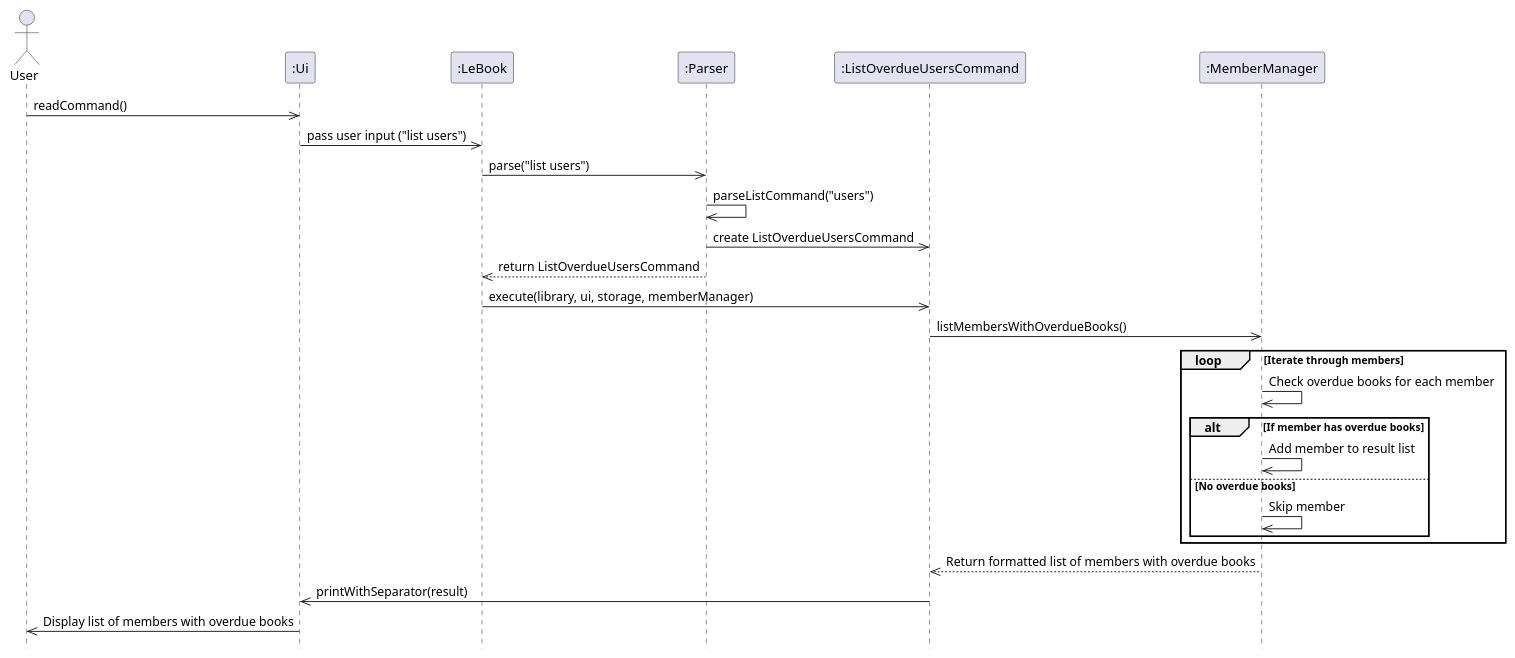
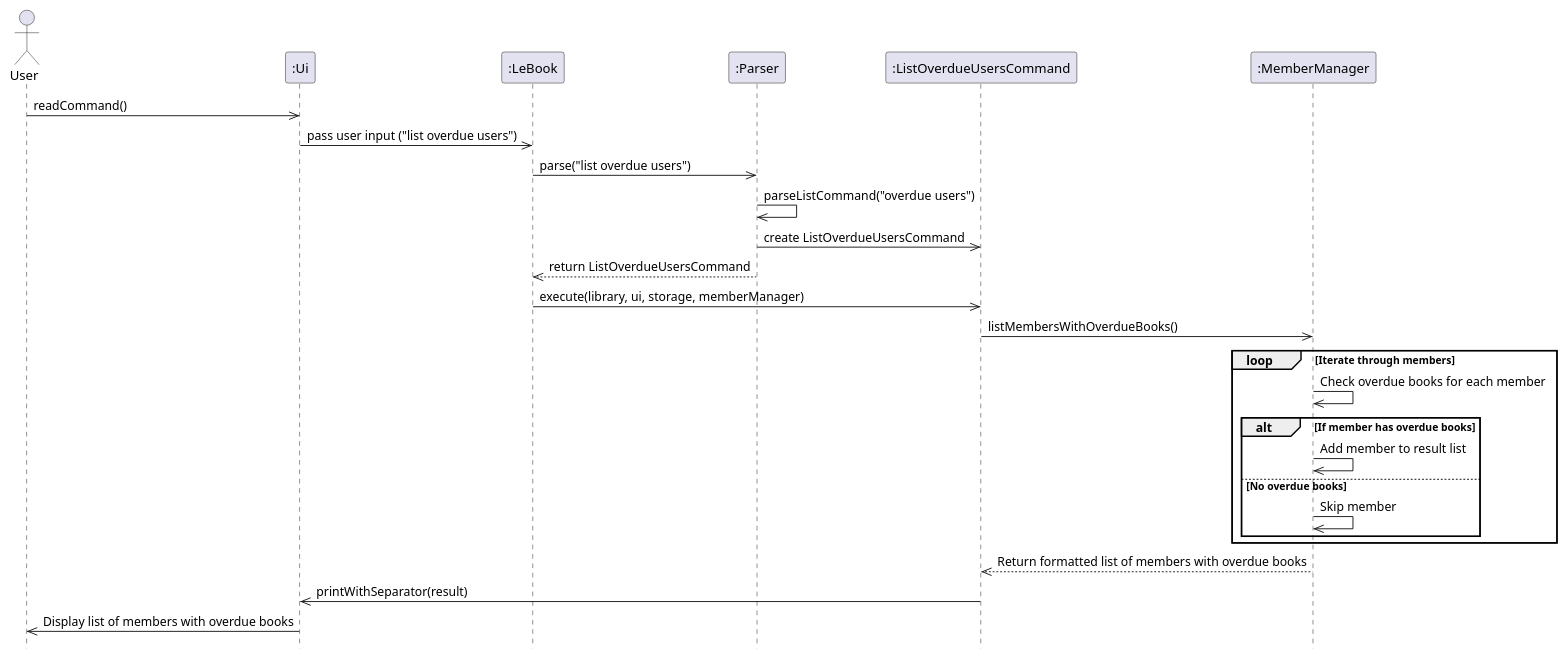
Before and after one commit to eth4n22/tp: the diagram in docs/diagrams/ListUsersSequence.puml, drawn with PlantUML. The commit also changed 3 other files, not shown here.

```diff
--- a/docs/diagrams/ListUsersSequence.puml
+++ b/docs/diagrams/ListUsersSequence.puml
@@ -1,33 +1,33 @@
 @startuml
 hide footbox
 actor User as "User"
 participant Ui as ":Ui"
 participant LeBook as ":LeBook"
 participant Parser as ":Parser"
 participant ListOverdueUsersCommand as ":ListOverdueUsersCommand"
 participant MemberManager as ":MemberManager"
 
 User ->> Ui: readCommand()
-Ui ->> LeBook: pass user input ("list users")
-LeBook ->> Parser: parse("list users")
-Parser ->> Parser: parseListCommand("users")
+Ui ->> LeBook: pass user input ("list overdue users")
+LeBook ->> Parser: parse("list overdue users")
+Parser ->> Parser: parseListCommand("overdue users")
 Parser ->> ListOverdueUsersCommand: create ListOverdueUsersCommand
 Parser -->> LeBook: return ListOverdueUsersCommand
 
 LeBook ->> ListOverdueUsersCommand: execute(library, ui, storage, memberManager)
 ListOverdueUsersCommand ->> MemberManager: listMembersWithOverdueBooks()
 
 loop Iterate through members
     MemberManager ->> MemberManager: Check overdue books for each member
     alt If member has overdue books
         MemberManager ->> MemberManager: Add member to result list
     else No overdue books
         MemberManager ->> MemberManager: Skip member
     end
 end
 
 MemberManager -->> ListOverdueUsersCommand: Return formatted list of members with overdue books
 
 ListOverdueUsersCommand ->> Ui: printWithSeparator(result)
 Ui ->> User: Display list of members with overdue books
 @enduml
```
